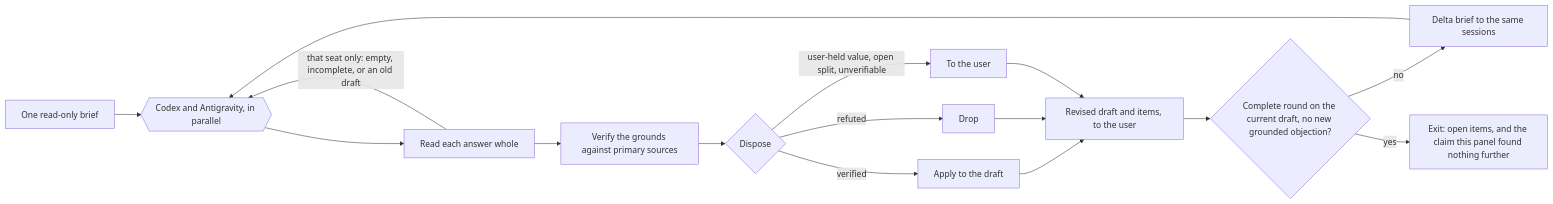
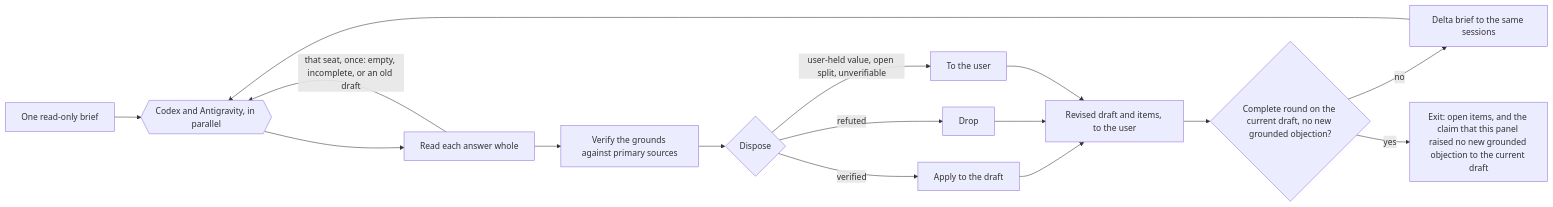
The diagram in delphi/README.md (jongwony/cc-plugin), drawn with Mermaid before and after one commit. The commit also changed other lines of this file and 3 other files, not shown here.

````diff
--- a/delphi/README.md
+++ b/delphi/README.md
@@ -9,17 +9,17 @@
 ```mermaid
 flowchart LR
   B[One read-only brief] --> P{{Codex and Antigravity, in parallel}}
   P --> R[Read each answer whole]
-  R -->|that seat only: empty, incomplete, or an old draft| P
+  R -->|that seat, once: empty, incomplete, or an old draft| P
   R --> V[Verify the grounds against primary sources]
   V --> D{Dispose}
   D -->|verified| A[Apply to the draft]
   D -->|refuted| X[Drop]
   D -->|user-held value, open split, unverifiable| U[To the user]
   A --> H[Revised draft and items, to the user]
   X --> H
   U --> H
   H --> S{Complete round on the current draft, no new grounded objection?}
   S -->|no| Q[Delta brief to the same sessions] --> P
-  S -->|yes| E[Exit: open items, and the claim this panel found nothing further]
+  S -->|yes| E[Exit: open items, and the claim that this panel raised no new grounded objection to the current draft]
 ```
````
